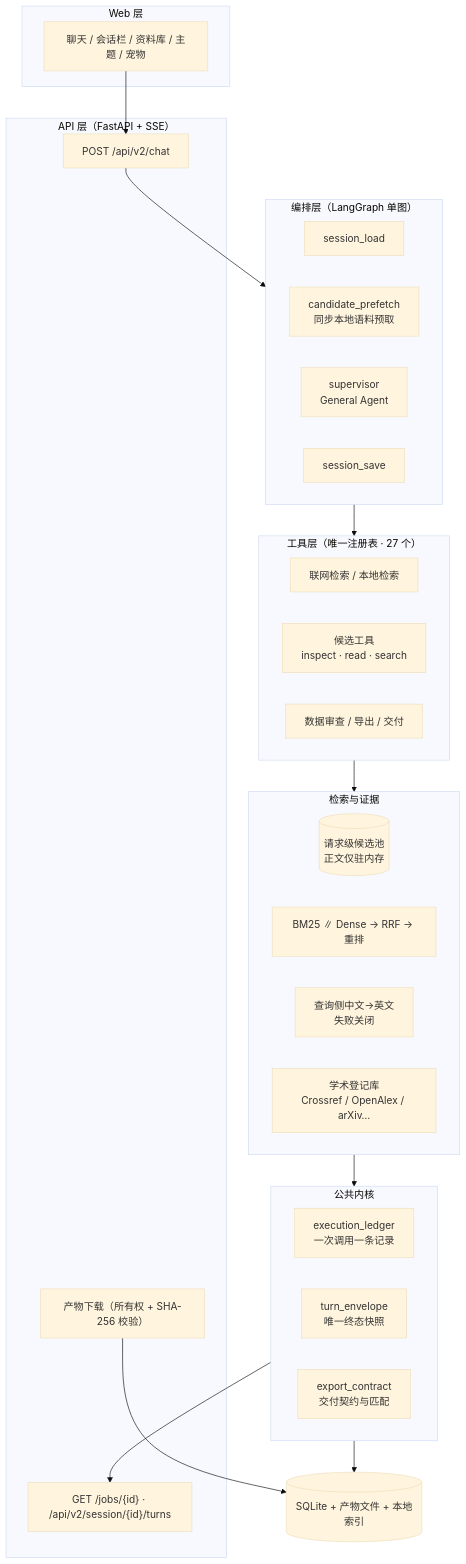
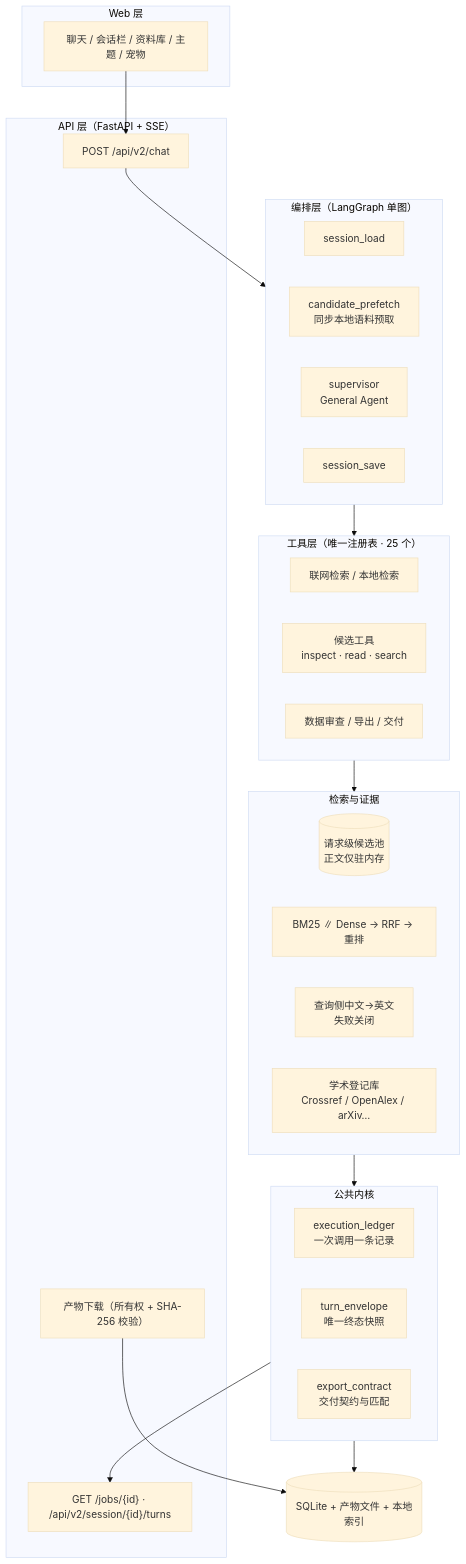
The first of 4 diagrams in README.md (w1-23/QAagent), drawn with Mermaid (base theme) before and after one commit. The commit also changed other lines of this file and 190 other files, not shown here.

First line of the commit message:
feat: integrate reusable research workspace and Nature figure checks

````diff
--- a/README.md
+++ b/README.md
@@ -30,42 +35,42 @@
 ```mermaid
 flowchart TB
     subgraph WEB["Web 层"]
         UI["聊天 / 会话栏 / 资料库 / 主题 / 宠物"]
     end
     subgraph API["API 层（FastAPI + SSE）"]
         CHAT["POST /api/v2/chat"]
         JOB["GET /jobs/{id} · /api/v2/session/{id}/turns"]
         ART["产物下载（所有权 + SHA-256 校验）"]
     end
     subgraph GRAPH["编排层（LangGraph 单图）"]
         SL["session_load"]
         CP["candidate_prefetch<br/>同步本地语料预取"]
         SUP["supervisor<br/>General Agent"]
         SS["session_save"]
     end
-    subgraph TOOLS["工具层（唯一注册表 · 27 个）"]
+    subgraph TOOLS["工具层（唯一注册表 · 25 个）"]
         T1["联网检索 / 本地检索"]
         T2["候选工具<br/>inspect · read · search"]
         T3["数据审查 / 导出 / 交付"]
     end
     subgraph RET["检索与证据"]
         POOL[("请求级候选池<br/>正文仅驻内存")]
         BM["BM25 ∥ Dense → RRF → 重排"]
         LANG["查询侧中文→英文<br/>失败关闭"]
         LIT["学术登记库<br/>Crossref / OpenAlex / arXiv…"]
     end
     subgraph CORE["公共内核"]
         LEDGER["execution_ledger<br/>一次调用一条记录"]
         ENVELOPE["turn_envelope<br/>唯一终态快照"]
         CONTRACT["export_contract<br/>交付契约与匹配"]
     end
     STORE[("SQLite + 产物文件 + 本地索引")]
 
     UI --> CHAT --> GRAPH
     GRAPH --> TOOLS
     TOOLS --> RET
     RET --> CORE
     CORE --> STORE
     CORE --> JOB
     ART --> STORE
 ```
````
